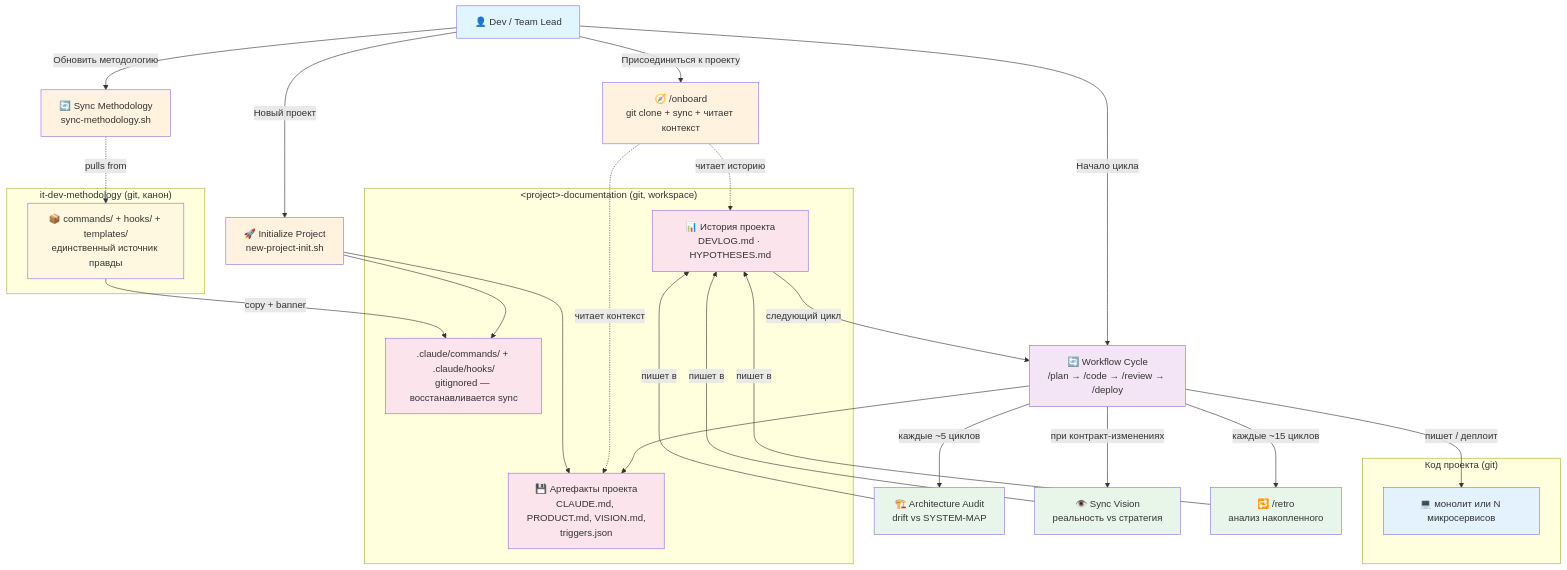
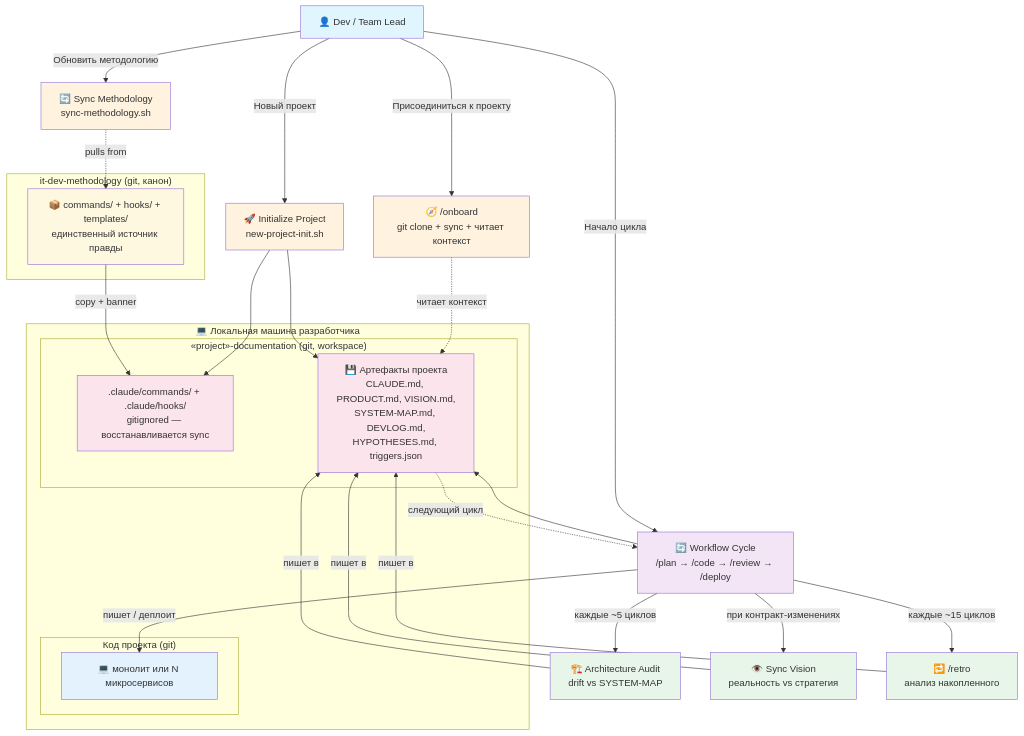
One commit to cait-solutions/it-dev-methodology changed the diagram in docs/product/USER-MAP.md. Above: the diagram before and after it, drawn with Mermaid.

Commit message:
fix(user-map): local machine subgraph — code repos cloned alongside workspace [methodology]
- Added parent subgraph "Локальная машина" containing DocRepo + CodeRepos (cloned locally)
- Fixed DocRepo label: «project»-documentation (guillemets render correctly)
- Merged Historia back into Storage — one unified artifacts node
- Audit/Vision/Retro write directly to Storage
- Storage -.-> Workflow for "следующий цикл"

````diff
--- a/docs/product/USER-MAP.md
+++ b/docs/product/USER-MAP.md
@@ -24,55 +24,53 @@
 ```mermaid
 graph TD
     Dev["👤 Dev / Team Lead"]
 
     subgraph Methodology["it-dev-methodology (git, канон)"]
         Canon["📦 commands/ + hooks/ + templates/<br/>единственный источник правды"]
     end
 
-    subgraph DocRepo["&lt;project&gt;-documentation (git, workspace)"]
-        LocalCmds[".claude/commands/ + .claude/hooks/<br/>gitignored — восстанавливается sync"]
-        Storage["💾 Артефакты проекта<br/>CLAUDE.md, PRODUCT.md, VISION.md,<br/>triggers.json"]
-        Feedback["📊 История проекта<br/>DEVLOG.md · HYPOTHESES.md"]
-    end
-
-    subgraph CodeRepos["Код проекта (git)"]
-        Services["💻 монолит или N микросервисов"]
+    subgraph Local["💻 Локальная машина разработчика"]
+        subgraph DocRepo["«project»-documentation (git, workspace)"]
+            LocalCmds[".claude/commands/ + .claude/hooks/<br/>gitignored — восстанавливается sync"]
+            Storage["💾 Артефакты проекта<br/>CLAUDE.md, PRODUCT.md, VISION.md,<br/>SYSTEM-MAP.md, DEVLOG.md,<br/>HYPOTHESES.md, triggers.json"]
+        end
+        subgraph CodeRepos["Код проекта (git)"]
+            Services["💻 монолит или N микросервисов"]
+        end
     end
 
     Dev -->|"Новый проект"| Init["🚀 Initialize Project<br/>new-project-init.sh"]
     Dev -->|"Присоединиться к проекту"| Onboard["🧭 /onboard<br/>git clone + sync + читает контекст"]
     Dev -->|"Начало цикла"| Workflow["🔄 Workflow Cycle<br/>/plan → /code → /review → /deploy"]
     Dev -->|"Обновить методологию"| Sync["🔄 Sync Methodology<br/>sync-methodology.sh"]
 
     Sync -.->|"pulls from"| Canon
     Canon -->|"copy + banner"| LocalCmds
     Init --> LocalCmds
     Init --> Storage
     Onboard -.->|"читает контекст"| Storage
-    Onboard -.->|"читает историю"| Feedback
     Workflow --> Storage
     Workflow -->|"пишет / деплоит"| Services
 
     Workflow -->|"каждые ~5 циклов"| Audit["🏗️ Architecture Audit<br/>drift vs SYSTEM-MAP"]
     Workflow -->|"при контракт-изменениях"| Vision["👁️ Sync Vision<br/>реальность vs стратегия"]
     Workflow -->|"каждые ~15 циклов"| Retro["🔁 /retro<br/>анализ накопленного"]
 
-    Audit -->|"пишет в"| Feedback
-    Vision -->|"пишет в"| Feedback
-    Retro -->|"пишет в"| Feedback
-    Feedback -->|"следующий цикл"| Workflow
+    Audit -->|"пишет в"| Storage
+    Vision -->|"пишет в"| Storage
+    Retro -->|"пишет в"| Storage
+    Storage -.->|"следующий цикл"| Workflow
 
     style Dev fill:#e1f5ff
     style Init fill:#fff3e0
     style Onboard fill:#fff3e0
     style Workflow fill:#f3e5f5
     style Sync fill:#fff3e0
     style Canon fill:#fff8e1
     style LocalCmds fill:#fce4ec
     style Storage fill:#fce4ec
-    style Feedback fill:#fce4ec
     style Services fill:#e3f2fd
     style Audit fill:#e8f5e9
     style Vision fill:#e8f5e9
     style Retro fill:#e8f5e9
 ```
````
